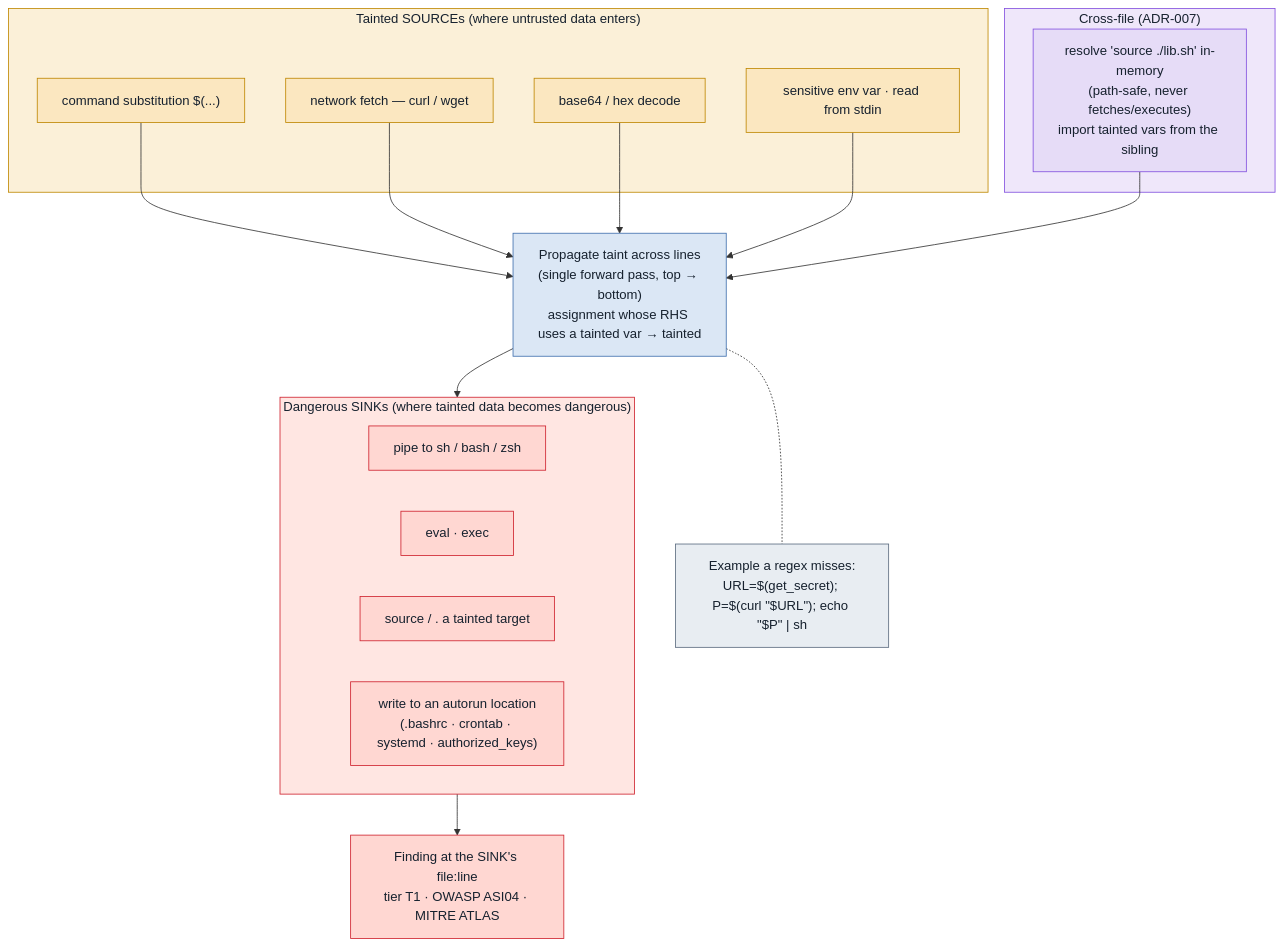
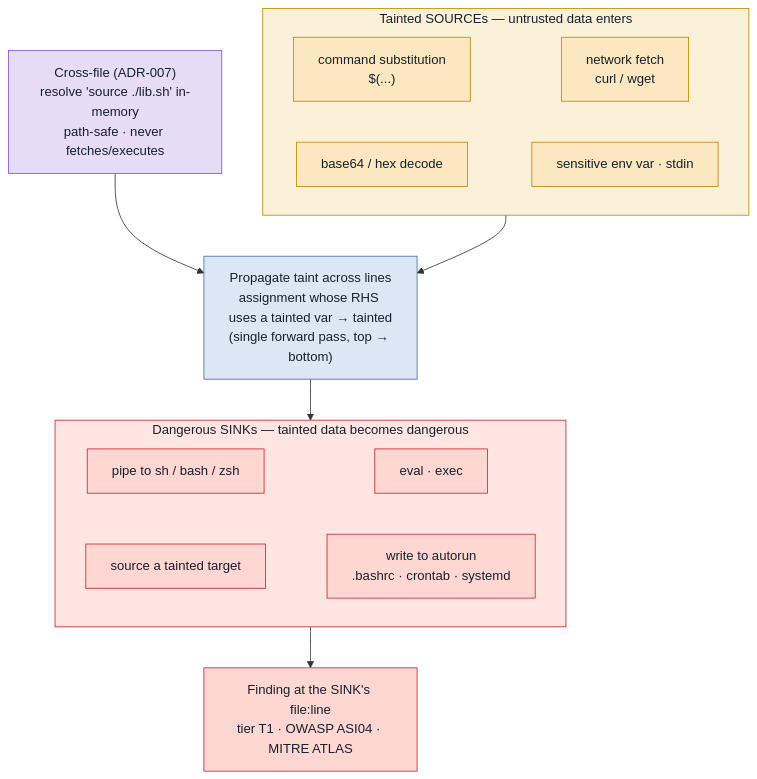
Before and after one commit to whatbirdisthat/exosphere: the diagram in doc/guide/diagrams/taint-flow.mmd, drawn with Mermaid. The commit also changed 26 other files, not shown here.

First line of the commit message:
🎨 docs(diagrams): fix review findings — dark-mode edge labels, oversize, legibility

```diff
--- a/doc/guide/diagrams/taint-flow.mmd
+++ b/doc/guide/diagrams/taint-flow.mmd
@@ -1,40 +1,31 @@
 %% T1 dataflow/taint: catching a payload split across lines (and files) that single-line regex misses.
 %% Colour key: amber = untrusted input · blue = the analysis · purple = cross-file · red = danger.
+%% 2x2 source/sink grids keep the figure narrow so the text stays legible at page width.
 %% Source: src/core/matchers/shell-dataflow.ts, shell-crossfile-dataflow.ts, ADR-006/007
 flowchart TD
-    subgraph SRC["Tainted SOURCEs (where untrusted data enters)"]
-        s1["command substitution $(...)"]:::warn
-        s2["network fetch — curl / wget"]:::warn
-        s3["base64 / hex decode"]:::warn
-        s4["sensitive env var · read from stdin"]:::warn
+    subgraph SRC["Tainted SOURCEs — untrusted data enters"]
+        direction LR
+        s1["command substitution<br/>$(...)"]:::warn ~~~ s2["network fetch<br/>curl / wget"]:::warn
+        s3["base64 / hex decode"]:::warn ~~~ s4["sensitive env var · stdin"]:::warn
     end
 
-    P["Propagate taint across lines<br/>(single forward pass, top → bottom)<br/>assignment whose RHS uses a tainted var → tainted"]:::core
+    XF["Cross-file (ADR-007)<br/>resolve 'source ./lib.sh' in-memory<br/>path-safe · never fetches/executes"]:::accent
+    P["Propagate taint across lines<br/>assignment whose RHS uses a tainted var → tainted<br/>(single forward pass, top → bottom)"]:::core
 
-    subgraph XF["Cross-file (ADR-007)"]
-        x1["resolve 'source ./lib.sh' in-memory<br/>(path-safe, never fetches/executes)<br/>import tainted vars from the sibling"]:::accent
+    subgraph SINK["Dangerous SINKs — tainted data becomes dangerous"]
+        direction LR
+        k1["pipe to sh / bash / zsh"]:::danger ~~~ k2["eval · exec"]:::danger
+        k3["source a tainted target"]:::danger ~~~ k4["write to autorun<br/>.bashrc · crontab · systemd"]:::danger
     end
 
-    subgraph SINK["Dangerous SINKs (where tainted data becomes dangerous)"]
-        k1["pipe to sh / bash / zsh"]:::danger
-        k2["eval · exec"]:::danger
-        k3["source / . a tainted target"]:::danger
-        k4["write to an autorun location<br/>(.bashrc · crontab · systemd · authorized_keys)"]:::danger
-    end
-
-    s1 & s2 & s3 & s4 --> P
-    x1 --> P
+    SRC --> P
+    XF --> P
     P --> SINK
     SINK --> F["Finding at the SINK's file:line<br/>tier T1 · OWASP ASI04 · MITRE ATLAS"]:::danger
-
-    note["Example a regex misses:<br/>URL=$(get_secret); P=$(curl &quot;$URL&quot;); echo &quot;$P&quot; | sh"]:::input
-    P -.- note
 
     classDef warn fill:#fbe7c0,stroke:#bf8700,color:#16212e;
     classDef core fill:#dbe7f5,stroke:#3f6fae,color:#16212e;
     classDef accent fill:#e6dcf7,stroke:#8250df,color:#16212e;
     classDef danger fill:#ffd7d2,stroke:#cf222e,color:#16212e;
-    classDef input fill:#e8edf2,stroke:#5b6b7f,color:#16212e;
     style SRC fill:#fbf0d8,stroke:#bf8700,color:#16212e;
-    style XF fill:#efe7fa,stroke:#8250df,color:#16212e;
     style SINK fill:#ffe6e2,stroke:#cf222e,color:#16212e;
```
